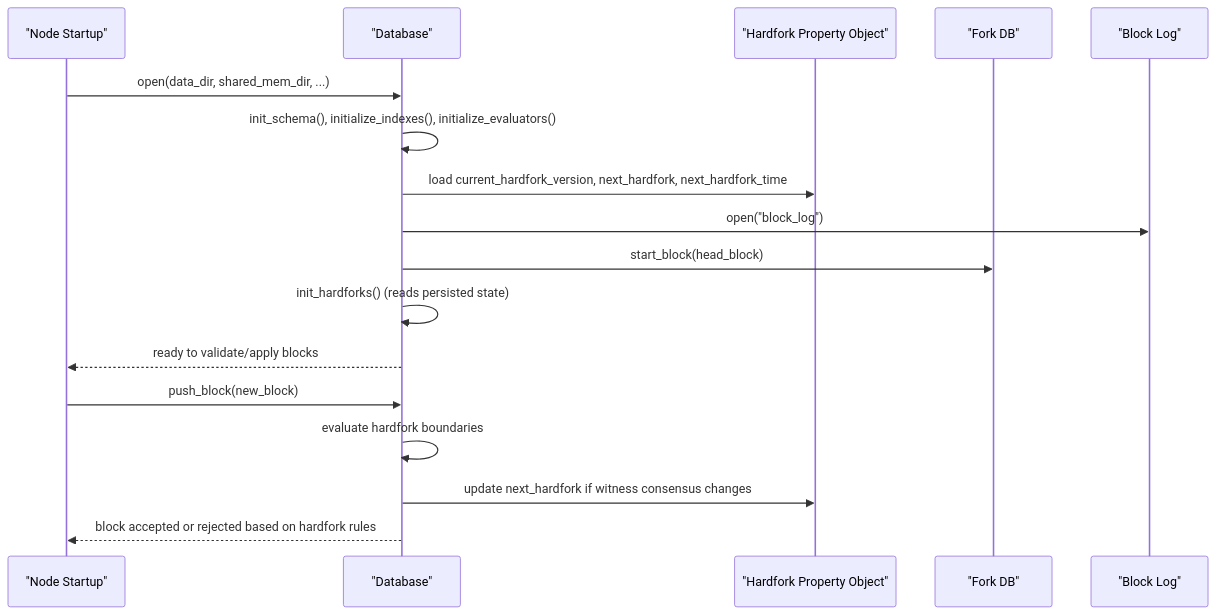
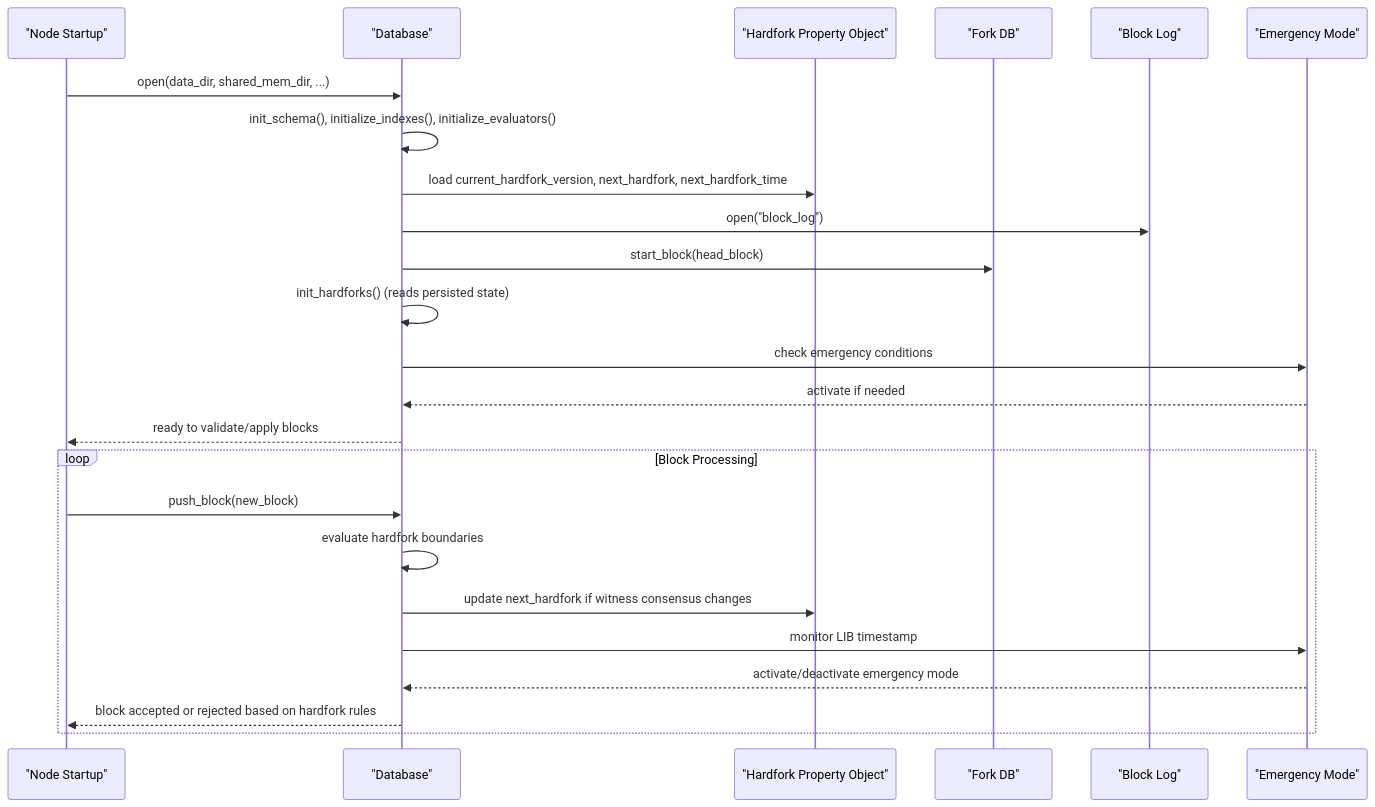
One commit to VIZ-Blockchain/viz-cpp-node changed the second of 7 diagrams in .qoder/repowiki/en/content/Advanced Topics/Hardfork Management.md. Above: the diagram before and after it, drawn with Mermaid. The commit also changed other lines of this file and 4 other files, not shown here.

````diff
--- a/.qoder/repowiki/en/content/Advanced Topics/Hardfork Management.md
+++ b/.qoder/repowiki/en/content/Advanced Topics/Hardfork Management.md
@@ -105,19 +134,26 @@
 ```mermaid
 sequenceDiagram
 participant Node as "Node Startup"
 participant DB as "Database"
 participant HFProps as "Hardfork Property Object"
 participant ForkDB as "Fork DB"
 participant BlockLog as "Block Log"
+participant Emergency as "Emergency Mode"
 Node->>DB : open(data_dir, shared_mem_dir, ...)
 DB->>DB : init_schema(), initialize_indexes(), initialize_evaluators()
 DB->>HFProps : load current_hardfork_version, next_hardfork, next_hardfork_time
 DB->>BlockLog : open("block_log")
 DB->>ForkDB : start_block(head_block)
 DB->>DB : init_hardforks() (reads persisted state)
+DB->>Emergency : check emergency conditions
+Emergency-->>DB : activate if needed
 DB-->>Node : ready to validate/apply blocks
+loop Block Processing
 Node->>DB : push_block(new_block)
 DB->>DB : evaluate hardfork boundaries
 DB->>HFProps : update next_hardfork if witness consensus changes
+DB->>Emergency : monitor LIB timestamp
+Emergency-->>DB : activate/deactivate emergency mode
 DB-->>Node : block accepted or rejected based on hardfork rules
+end
 ```
````
